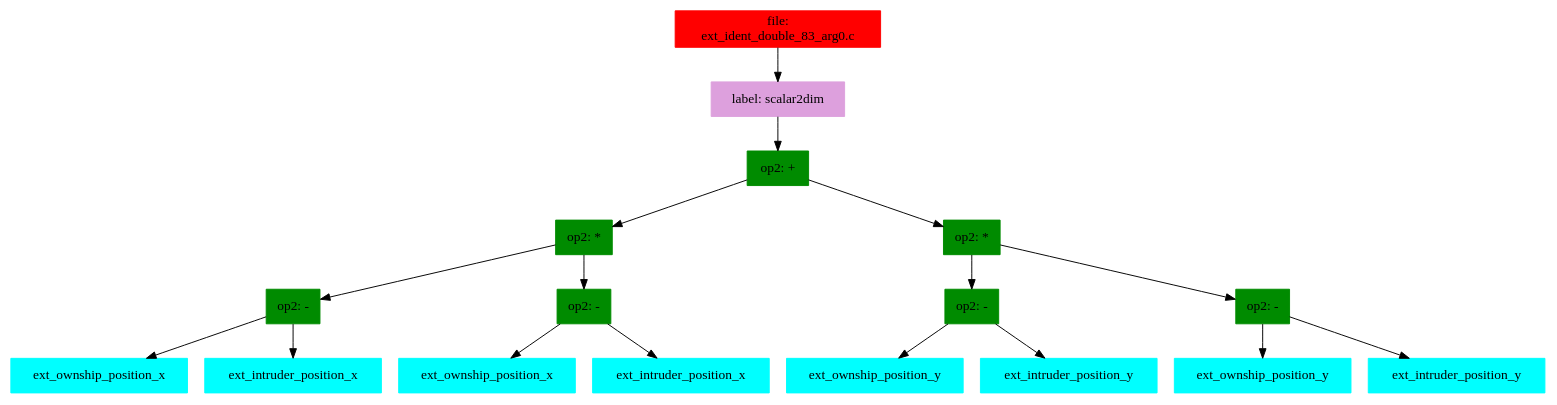
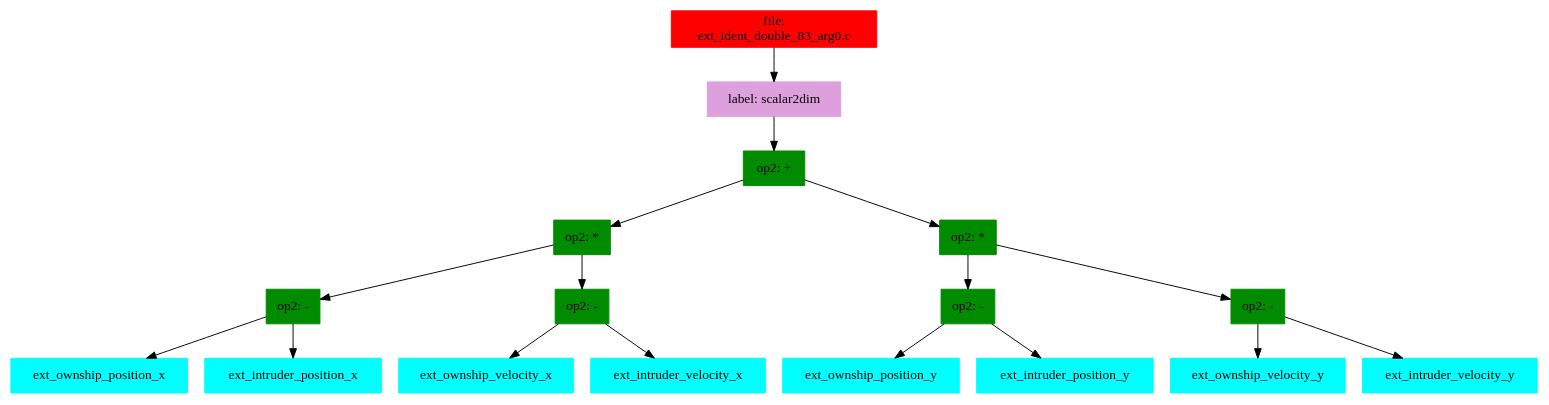
The diagram in example36/copilot-sbv-codegen/ext_ident_double_83_arg0.c.gv (Copilot-Language/examplesForACSL), drawn with Graphviz before and after one commit. The commit also changed 5241 other files, not shown here.

```diff
--- a/example36/copilot-sbv-codegen/ext_ident_double_83_arg0.c.gv
+++ b/example36/copilot-sbv-codegen/ext_ident_double_83_arg0.c.gv
@@ -1,40 +1,40 @@
 digraph G {
 node [shape=box]
 
 0 [label="file: 
 ext_ident_double_83_arg0.c",color=red, style=filled]
 1 [label="label: scalar2dim",color=plum, style=filled]
 0 -> 1
 2 [label="op2: +",color=green4, style=filled]
 1 -> 2
 3 [label="op2: *",color=green4, style=filled]
 2 -> 3
 4 [label="op2: -",color=green4, style=filled]
 3 -> 4
 5 [label="ext_ownship_position_x",color=cyan1, style=filled]
 4 -> 5
 6 [label="ext_intruder_position_x",color=cyan1, style=filled]
 4 -> 6
 7 [label="op2: -",color=green4, style=filled]
 3 -> 7
-8 [label="ext_ownship_position_x",color=cyan1, style=filled]
+8 [label="ext_ownship_velocity_x",color=cyan1, style=filled]
 7 -> 8
-9 [label="ext_intruder_position_x",color=cyan1, style=filled]
+9 [label="ext_intruder_velocity_x",color=cyan1, style=filled]
 7 -> 9
 10 [label="op2: *",color=green4, style=filled]
 2 -> 10
 11 [label="op2: -",color=green4, style=filled]
 10 -> 11
 12 [label="ext_ownship_position_y",color=cyan1, style=filled]
 11 -> 12
 13 [label="ext_intruder_position_y",color=cyan1, style=filled]
 11 -> 13
 14 [label="op2: -",color=green4, style=filled]
 10 -> 14
-15 [label="ext_ownship_position_y",color=cyan1, style=filled]
+15 [label="ext_ownship_velocity_y",color=cyan1, style=filled]
 14 -> 15
-16 [label="ext_intruder_position_y",color=cyan1, style=filled]
+16 [label="ext_intruder_velocity_y",color=cyan1, style=filled]
 14 -> 16
 
 
 }
```
